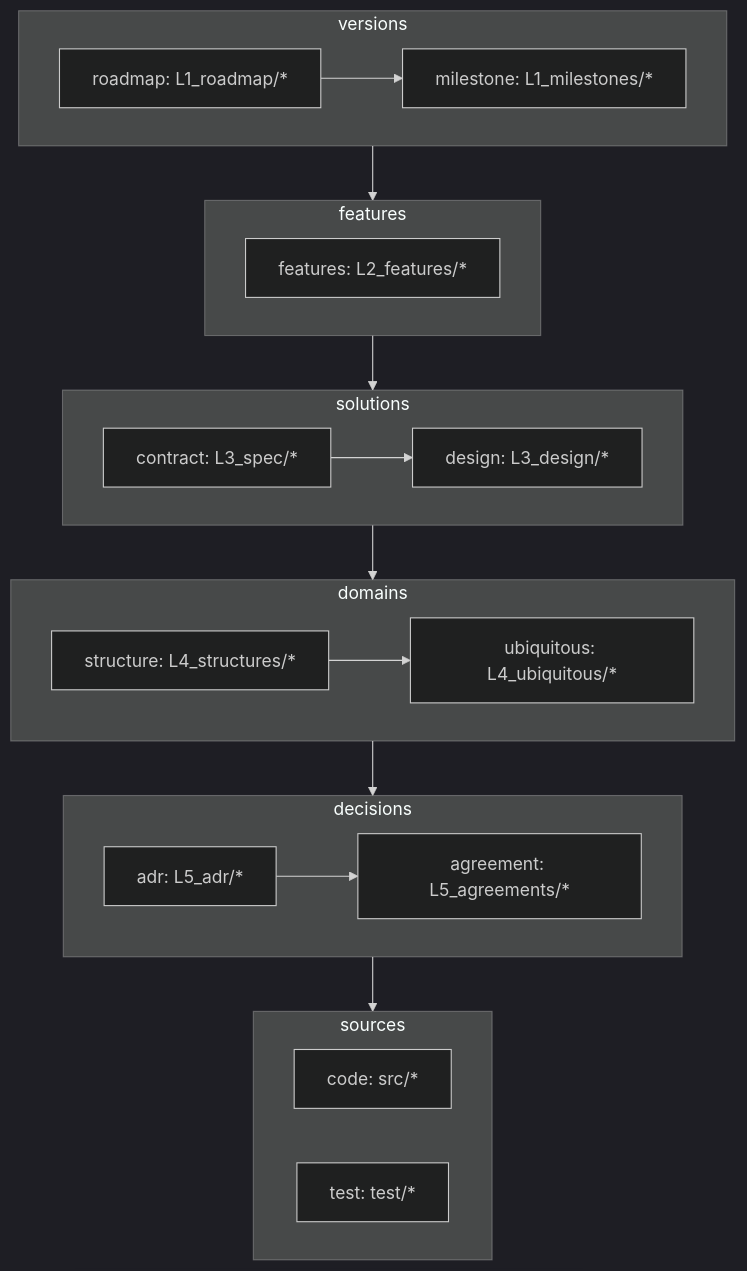
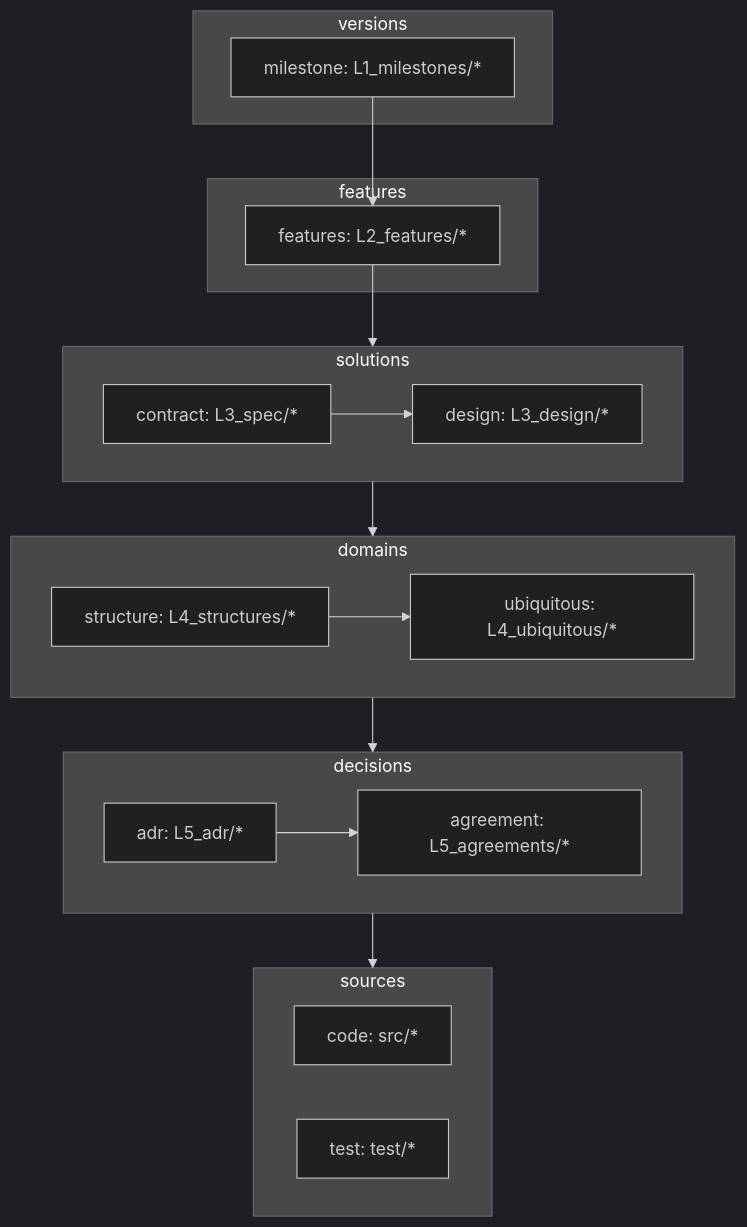
The diagram in docs/overview.md (gameundwatch/periplus), drawn with Mermaid (dark theme) before and after one commit. The commit also changed other lines of this file and 1 other file, not shown here.

First line of the commit message:
fix: roadmap を milestones に統合する

````diff
--- a/docs/overview.md
+++ b/docs/overview.md
@@ -11,40 +11,39 @@
 ```mermaid
 flowchart TD
 
     subgraph L1[versions]
         milestone[milestone: L1_milestones/*]
-        roadmap[roadmap: L1_roadmap/*]
     end
 
     subgraph L2[features]
         feature[features: L2_features/*]
     end
 
     subgraph L3[solutions]
         design[design: L3_design/*]
         contract[contract: L3_spec/*]
     end
 
     subgraph L4[domains]
         ubiquitous[ubiquitous: L4_ubiquitous/*]
         structure[structure: L4_structures/*]
     end
 
     subgraph L5[decisions]
         adr[adr: L5_adr/*]
         agreement[agreement: L5_agreements/*]
     end
 
     subgraph L6[sources]
         code[code: src/*]
         test[test: test/*]
     end
 
-    L1 --> L2 --> L3 --> L4 --> L5 --> L6
+    milestone --> feature
+    feature --> L3 --> L4 --> L5 --> L6
 
-    roadmap --> milestone
     contract --> design
     structure --> ubiquitous
     adr --> agreement
 
 ```
````
